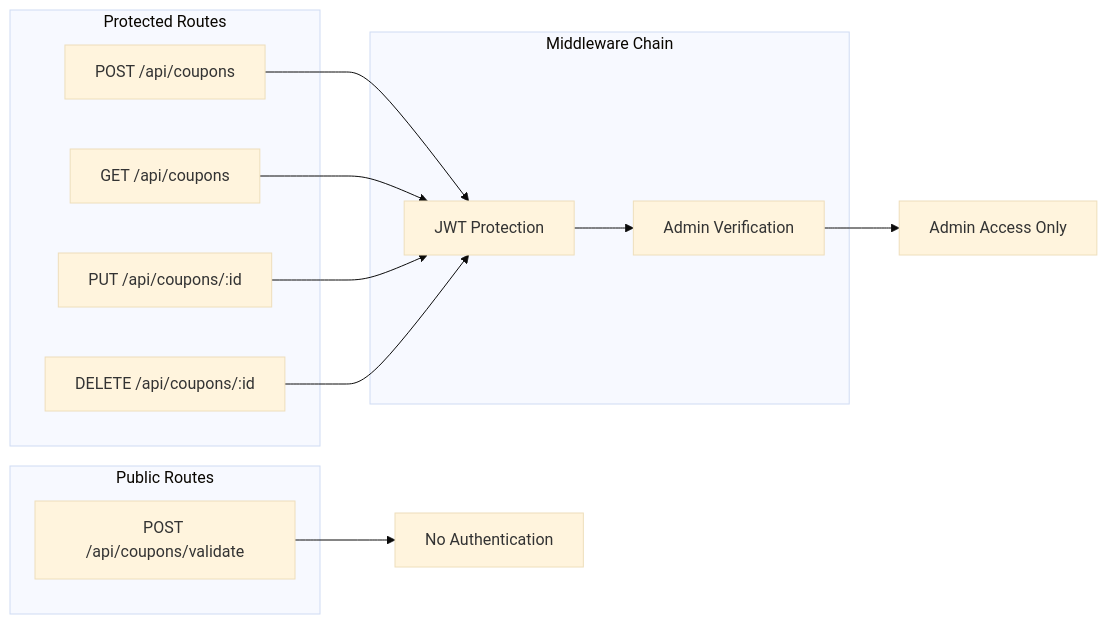
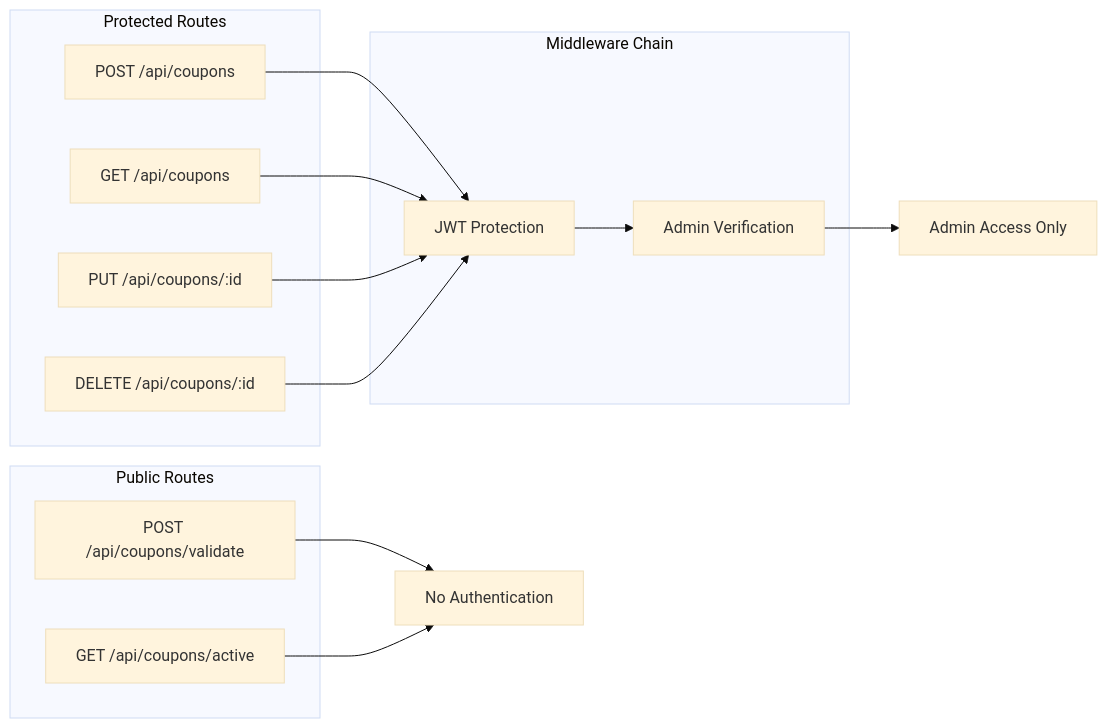
The seventh of 15 diagrams in .qoder/repowiki/en/content/Backend API Documentation/Coupon System.md (Pavan-PSPK9032/TrendsandToss), drawn with Mermaid (base theme) before and after one commit. The commit also changed other lines of this file and 24 other files, not shown here.

````diff
--- a/.qoder/repowiki/en/content/Backend API Documentation/Coupon System.md
+++ b/.qoder/repowiki/en/content/Backend API Documentation/Coupon System.md
@@ -285,23 +326,25 @@
 ```mermaid
 graph LR
 subgraph "Public Routes"
 R1[POST /api/coupons/validate]
+R2[GET /api/coupons/active]
 end
 subgraph "Protected Routes"
-R2[POST /api/coupons]
-R3[GET /api/coupons]
-R4[PUT /api/coupons/:id]
-R5[DELETE /api/coupons/:id]
+R3[POST /api/coupons]
+R4[GET /api/coupons]
+R5[PUT /api/coupons/:id]
+R6[DELETE /api/coupons/:id]
 end
 subgraph "Middleware Chain"
 M1[JWT Protection]
 M2[Admin Verification]
 end
 R1 --> Public[No Authentication]
-R2 --> M1
+R2 --> Public
 R3 --> M1
 R4 --> M1
 R5 --> M1
+R6 --> M1
 M1 --> M2
 M2 --> AdminOnly[Admin Access Only]
 ```
````
